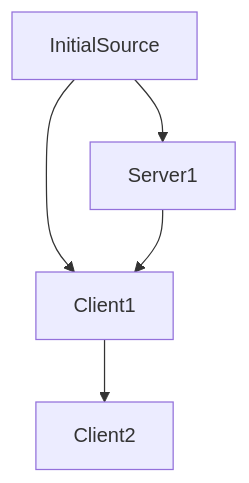
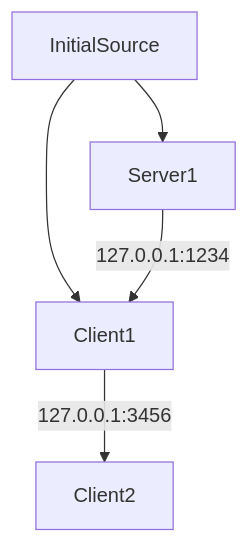
Before and after one commit to tonydong2005/ServerClientTCP: the diagram in README.md, drawn with Mermaid.

````diff
--- a/README.md
+++ b/README.md
@@ -5,7 +5,7 @@
 ```mermaid
 graph TD;
     InitialSource-->Server1
     InitialSource-->Client1;
-    Server1-->Client1;
-    Client1-->Client2;
+    Server1-->|127.0.0.1:1234|Client1;
+    Client1-->|127.0.0.1:3456|Client2;
 ```
````
